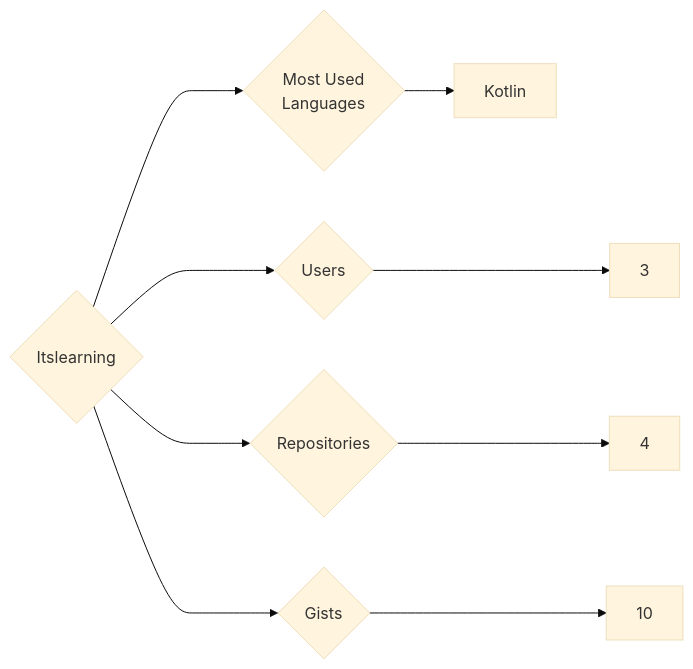
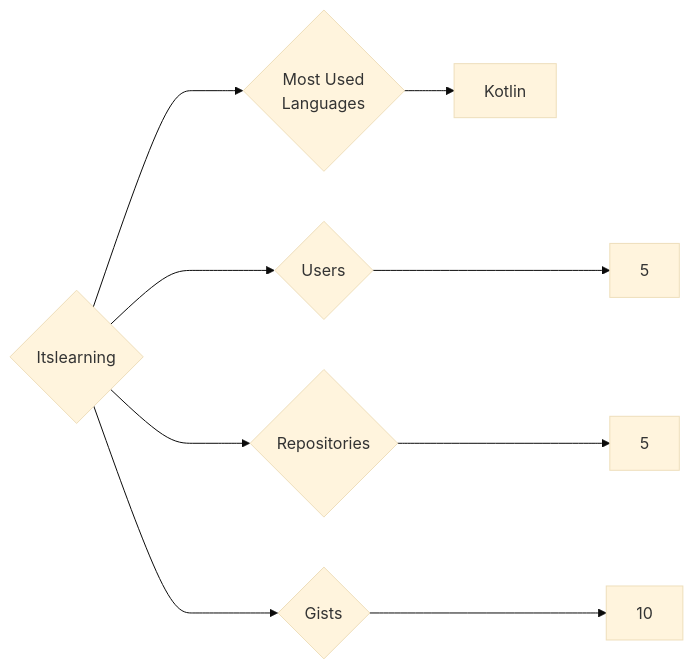
Before and after one commit to trickest/insiders: the diagram in targets/Itslearning/README.md, drawn with Mermaid (base theme). The commit also changed 1238 other files, not shown here.

````diff
--- a/targets/Itslearning/README.md
+++ b/targets/Itslearning/README.md
@@ -3,9 +3,9 @@
 ```mermaid
 graph LR
 COMPANY_NAME{Itslearning}
-COMPANY_NAME ---> U{Users} ---> UN[3]
-COMPANY_NAME ---> R{Repositories} ---> RN[4]
+COMPANY_NAME ---> U{Users} ---> UN[5]
+COMPANY_NAME ---> R{Repositories} ---> RN[5]
 COMPANY_NAME ---> G{Gists} ---> GN[10]
 COMPANY_NAME ---> ML{Most Used<br>Languages}
 ML --> Kotlin[Kotlin]
 ```
````
